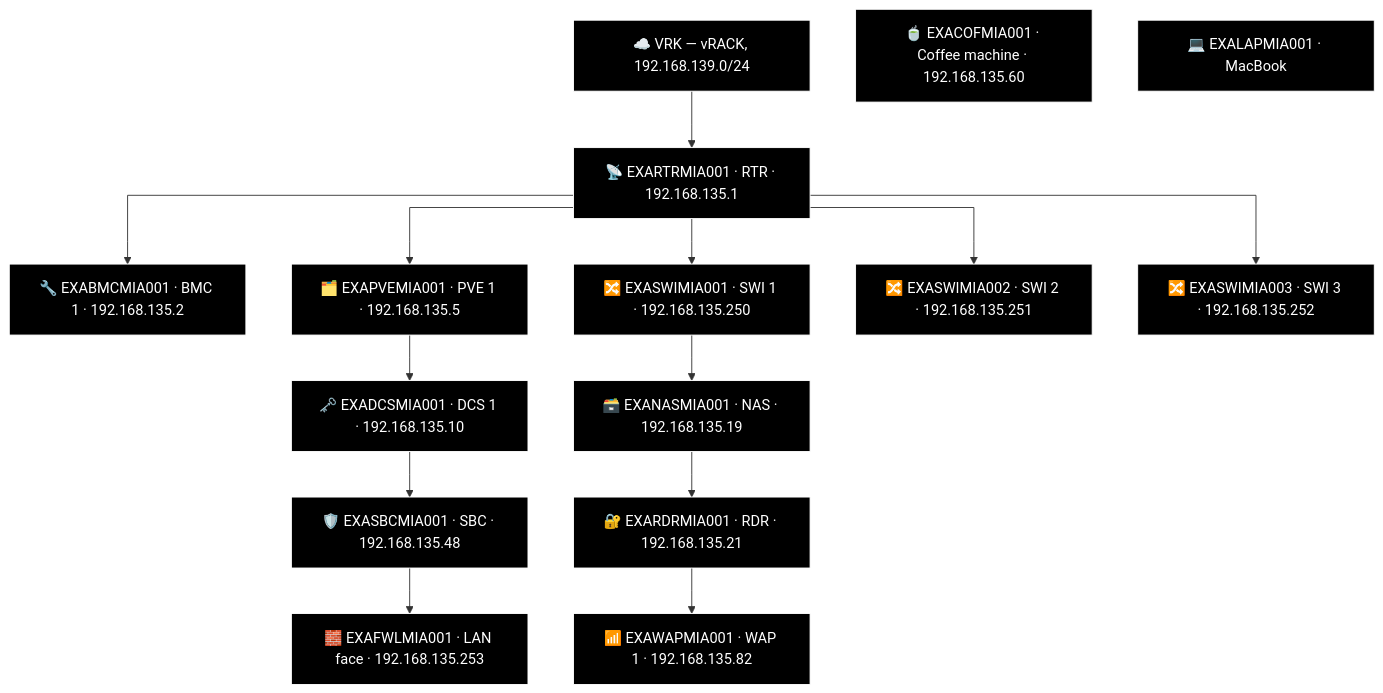
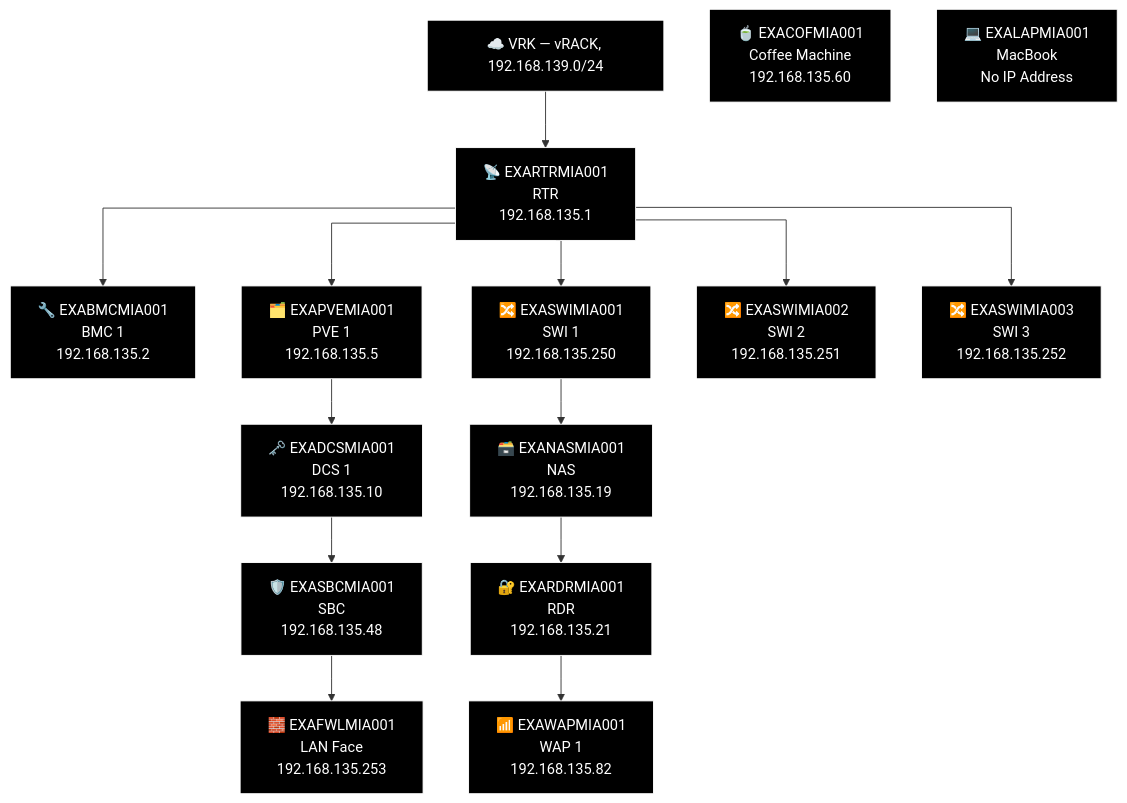
One commit to knightmare2600/example_music_infra changed the eighth of 16 diagrams in docs/network-diagram/united-states.md. Above: the diagram before and after it, drawn with Mermaid. The commit also changed other lines of this file and 18 other files, not shown here.

````diff
--- a/docs/network-diagram/united-states.md
+++ b/docs/network-diagram/united-states.md
@@ -310,44 +310,44 @@
 ```mermaid
 %% GENERATED:TOPOLOGY:MIA:START
 %%{init: {'flowchart': {'curve': 'stepAfter'}}}%%
 graph TD
     T_VRK["☁️ VRK — vRACK, 192.168.139.0/24"]
-    T_RTR["📡 EXARTRMIA001 · RTR · 192.168.135.1"]
+    T_RTR["📡 EXARTRMIA001<br/>RTR<br/>192.168.135.1"]
     T_VRK --> T_RTR
-    T_BMC["🔧 EXABMCMIA001 · BMC 1 · 192.168.135.2"]
+    T_BMC["🔧 EXABMCMIA001<br/>BMC 1<br/>192.168.135.2"]
     T_RTR --> T_BMC
-    T_PVE["🗂️ EXAPVEMIA001 · PVE 1 · 192.168.135.5"]
+    T_PVE["🗂️ EXAPVEMIA001<br/>PVE 1<br/>192.168.135.5"]
     T_RTR --> T_PVE
-    T_SWI["🔀 EXASWIMIA001 · SWI 1 · 192.168.135.250"]
+    T_SWI["🔀 EXASWIMIA001<br/>SWI 1<br/>192.168.135.250"]
     T_RTR --> T_SWI
-    T_SWI2["🔀 EXASWIMIA002 · SWI 2 · 192.168.135.251"]
+    T_SWI2["🔀 EXASWIMIA002<br/>SWI 2<br/>192.168.135.251"]
     T_RTR --> T_SWI2
-    T_SWI3["🔀 EXASWIMIA003 · SWI 3 · 192.168.135.252"]
+    T_SWI3["🔀 EXASWIMIA003<br/>SWI 3<br/>192.168.135.252"]
     T_RTR --> T_SWI3
-    T_NAS["🗃️ EXANASMIA001 · NAS · 192.168.135.19"]
-    T_RDR["🔐 EXARDRMIA001 · RDR · 192.168.135.21"]
-    T_WAP["📶 EXAWAPMIA001 · WAP 1 · 192.168.135.82"]
+    T_NAS["🗃️ EXANASMIA001<br/>NAS<br/>192.168.135.19"]
+    T_RDR["🔐 EXARDRMIA001<br/>RDR<br/>192.168.135.21"]
+    T_WAP["📶 EXAWAPMIA001<br/>WAP 1<br/>192.168.135.82"]
     T_SWI --> T_NAS --> T_RDR --> T_WAP
-    T_DCS["🗝️ EXADCSMIA001 · DCS 1 · 192.168.135.10"]
-    T_SBC["🛡️ EXASBCMIA001 · SBC · 192.168.135.48"]
-    T_FWL["🧱 EXAFWLMIA001 · LAN face · 192.168.135.253"]
+    T_DCS["🗝️ EXADCSMIA001<br/>DCS 1<br/>192.168.135.10"]
+    T_SBC["🛡️ EXASBCMIA001<br/>SBC<br/>192.168.135.48"]
+    T_FWL["🧱 EXAFWLMIA001<br/>LAN Face<br/>192.168.135.253"]
     T_PVE --> T_DCS --> T_SBC --> T_FWL
-    T_COF["🍵 EXACOFMIA001 · Coffee machine · 192.168.135.60"]
-    T_LAP["💻 EXALAPMIA001 · MacBook"]
+    T_COF["🍵 EXACOFMIA001<br/>Coffee Machine<br/>192.168.135.60"]
+    T_LAP["💻 EXALAPMIA001<br/>MacBook<br/>No IP Address"]
     style T_VRK fill:#000000,stroke:#FFFFFF,color:#FFFFFF
     style T_RTR fill:#000000,stroke:#FFFFFF,color:#FFFFFF
     style T_BMC fill:#000000,stroke:#FFFFFF,color:#FFFFFF
     style T_PVE fill:#000000,stroke:#FFFFFF,color:#FFFFFF
     style T_SWI fill:#000000,stroke:#FFFFFF,color:#FFFFFF
     style T_SWI2 fill:#000000,stroke:#FFFFFF,color:#FFFFFF
     style T_SWI3 fill:#000000,stroke:#FFFFFF,color:#FFFFFF
     style T_NAS fill:#000000,stroke:#FFFFFF,color:#FFFFFF
     style T_RDR fill:#000000,stroke:#FFFFFF,color:#FFFFFF
     style T_WAP fill:#000000,stroke:#FFFFFF,color:#FFFFFF
     style T_DCS fill:#000000,stroke:#FFFFFF,color:#FFFFFF
     style T_SBC fill:#000000,stroke:#FFFFFF,color:#FFFFFF
     style T_FWL fill:#000000,stroke:#FFFFFF,color:#FFFFFF
     style T_COF fill:#000000,stroke:#FFFFFF,color:#FFFFFF
     style T_LAP fill:#000000,stroke:#FFFFFF,color:#FFFFFF
 %% GENERATED:TOPOLOGY:MIA:END
 ```
````
